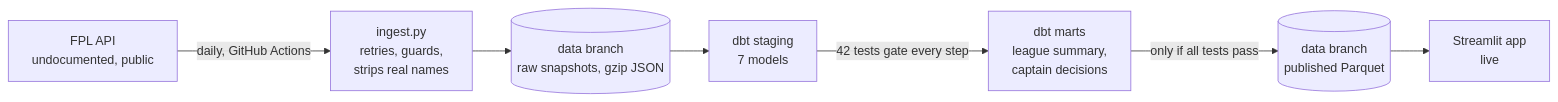
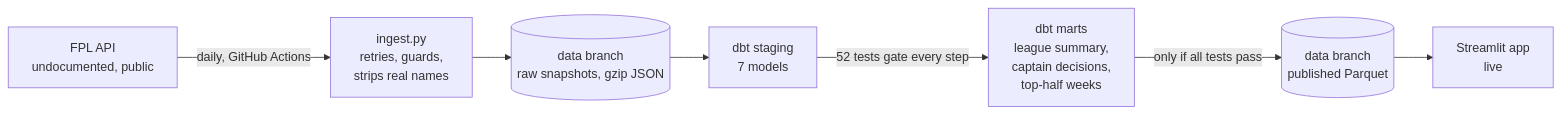
One commit to Hesh18/Fpl-Mini-League-Analysis changed the diagram in README.md. Above: the diagram before and after it, drawn with Mermaid. The commit also changed other lines of this file and 6 other files, not shown here.

Commit message:
Add a top-half weeks mart

````diff
--- a/README.md
+++ b/README.md
@@ -27,9 +27,9 @@
 ```mermaid
 flowchart LR
     API["FPL API<br/>undocumented, public"] -->|daily, GitHub Actions| ING["ingest.py<br/>retries, guards,<br/>strips real names"]
     ING --> RAW[("data branch<br/>raw snapshots, gzip JSON")]
     RAW --> STG["dbt staging<br/>7 models"]
-    STG -->|42 tests gate every step| MART["dbt marts<br/>league summary,<br/>captain decisions"]
+    STG -->|52 tests gate every step| MART["dbt marts<br/>league summary,<br/>captain decisions,<br/>top-half weeks"]
     MART -->|only if all tests pass| PUB[("data branch<br/>published Parquet")]
     PUB --> APP["Streamlit app<br/>live"]
 ```
````
